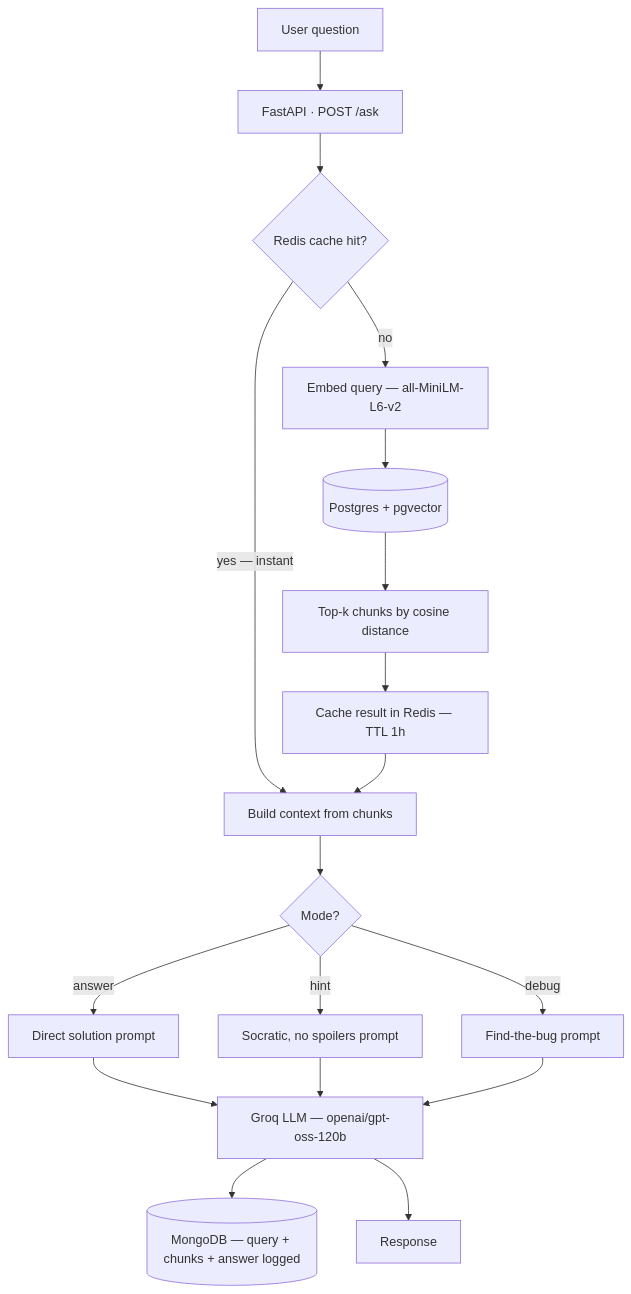
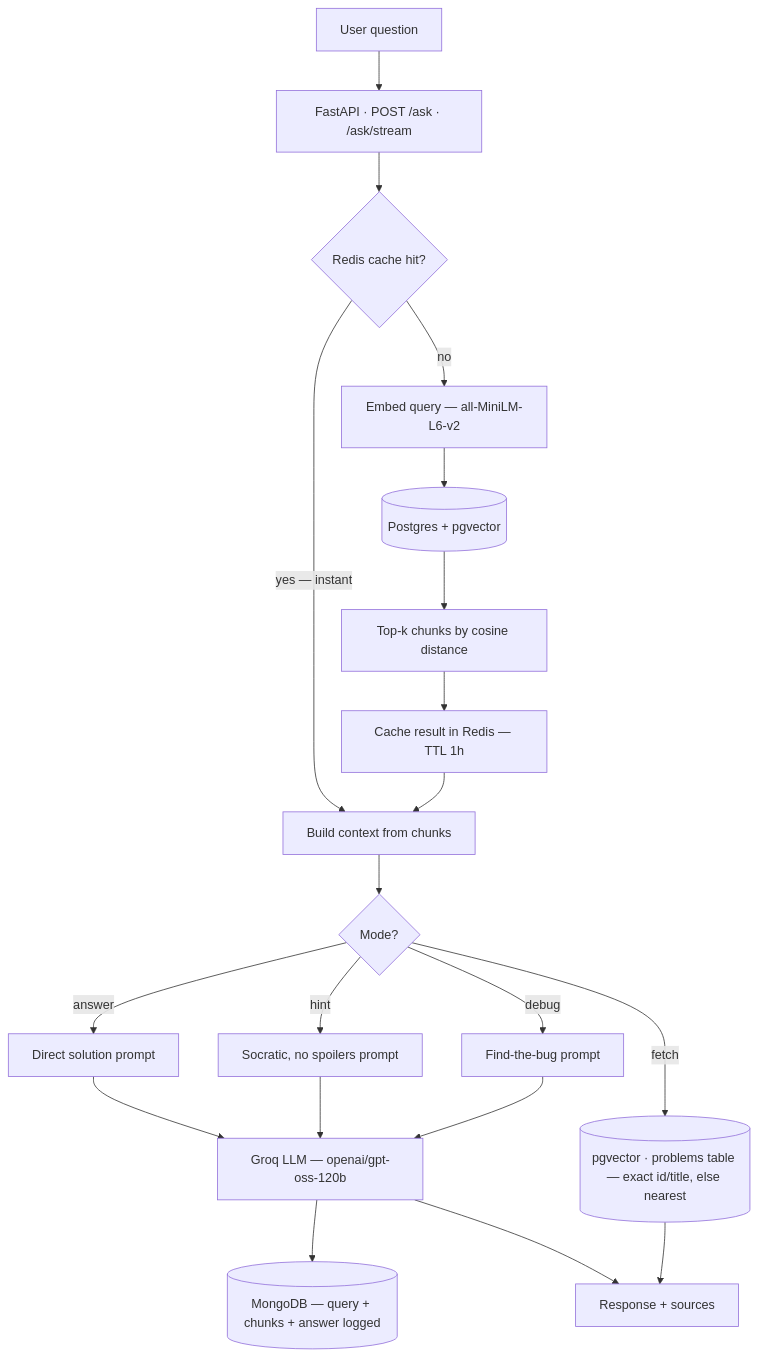
One commit to Nitingupta0/Tutor changed the first of 2 diagrams in README.md. Above: the diagram before and after it, drawn with Mermaid. The commit also changed other lines of this file and 43 other files, not shown here.

First line of the commit message:
Add web app, fetch mode, corpus expansion and CI

````diff
--- a/README.md
+++ b/README.md
@@ -23,18 +25,20 @@
 ```mermaid
 flowchart TD
-    U["User question"] --> API["FastAPI · POST /ask"]
+    U["User question"] --> API["FastAPI · POST /ask · /ask/stream"]
     API --> C{"Redis cache hit?"}
     C -- "yes — instant" --> CTX
     C -- "no" --> EMB["Embed query — all-MiniLM-L6-v2"]
     EMB --> PG[("Postgres + pgvector")]
     PG --> TOPK["Top-k chunks by cosine distance"]
     TOPK --> CACHESET["Cache result in Redis — TTL 1h"]
     CACHESET --> CTX["Build context from chunks"]
     CTX --> MODE{"Mode?"}
     MODE -- "answer" --> P1["Direct solution prompt"]
     MODE -- "hint" --> P2["Socratic, no spoilers prompt"]
     MODE -- "debug" --> P3["Find-the-bug prompt"]
+    MODE -- "fetch" --> PROB[("pgvector · problems table — exact id/title, else nearest")]
     P1 & P2 & P3 --> LLM["Groq LLM — openai/gpt-oss-120b"]
     LLM --> LOG[("MongoDB — query + chunks + answer logged")]
-    LLM --> RESP["Response"]
+    LLM --> RESP["Response + sources"]
+    PROB --> RESP
 ```
````
